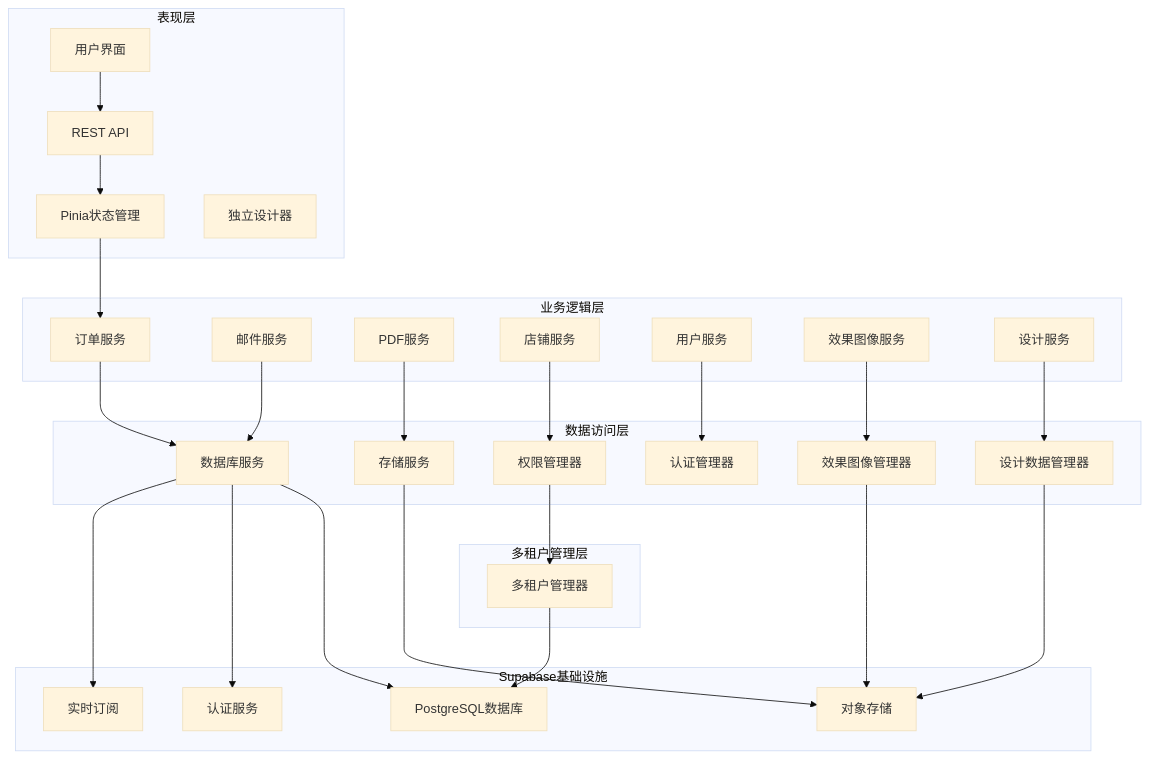
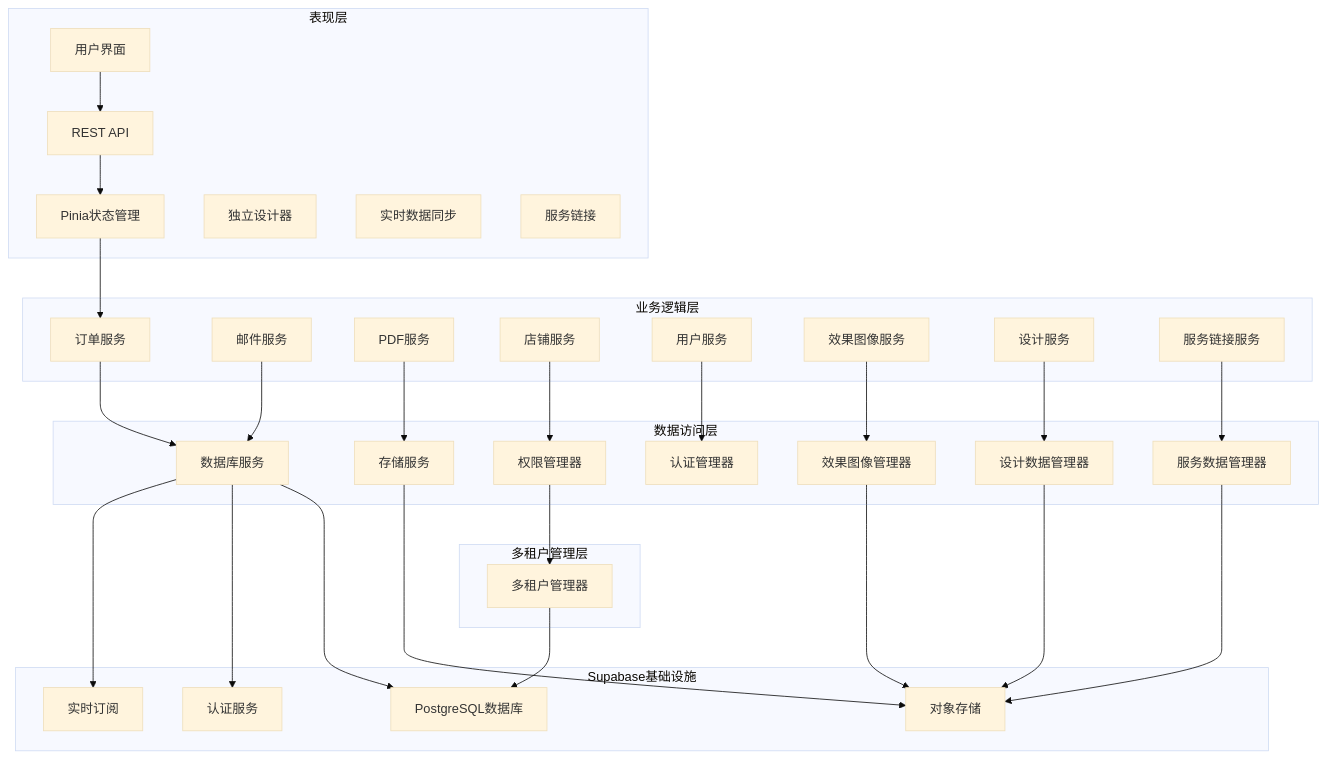
One commit to SY6621/POD-Order-Management changed diagram 14 of 24 in .qoder/repowiki/zh/content/开发指南/Supabase集成指南.md. Above: the diagram before and after it, drawn with Mermaid (base theme). The commit also changed other lines of this file and 16 other files, not shown here.

````diff
--- a/.qoder/repowiki/zh/content/开发指南/Supabase集成指南.md
+++ b/.qoder/repowiki/zh/content/开发指南/Supabase集成指南.md
@@ -476,54 +621,60 @@
 ```mermaid
 graph TB
 subgraph "表现层"
 UI[用户界面]
 API[REST API]
 STORE[Pinia状态管理]
 DESIGNER[独立设计器]
+REALTIME[实时数据同步]
+SERVICE_LINK[服务链接]
 end
 subgraph "业务逻辑层"
 OrderService[订单服务]
 EmailService[邮件服务]
 PDFService[PDF服务]
 ShopService[店铺服务]
 UserService[用户服务]
 EffectImageService[效果图像服务]
 DesignService[设计服务]
+ServiceLinkService[服务链接服务]
 end
 subgraph "数据访问层"
 DBService[数据库服务]
 StorageService[存储服务]
 AuthManager[认证管理器]
 PermissionManager[权限管理器]
 EffectImageManager[效果图像管理器]
 DesignDataManager[设计数据管理器]
+ServiceDataManager[服务数据管理器]
 end
 subgraph "多租户管理层"
 TenantManager[多租户管理器]
 PermissionManager
 end
 subgraph "Supabase基础设施"
 PostgreSQL[PostgreSQL数据库]
 Storage[对象存储]
 Auth[认证服务]
 Realtime[实时订阅]
 end
 UI --> API
 API --> STORE
 STORE --> OrderService
 OrderService --> DBService
 EmailService --> DBService
 PDFService --> StorageService
 ShopService --> PermissionManager
 UserService --> AuthManager
 EffectImageService --> EffectImageManager
 DesignService --> DesignDataManager
+ServiceLinkService --> ServiceDataManager
 DBService --> PostgreSQL
 StorageService --> Storage
 DBService --> Auth
 DBService --> Realtime
 PermissionManager --> TenantManager
 TenantManager --> PostgreSQL
 EffectImageManager --> Storage
 DesignDataManager --> Storage
+ServiceDataManager --> Storage
 ```
````
